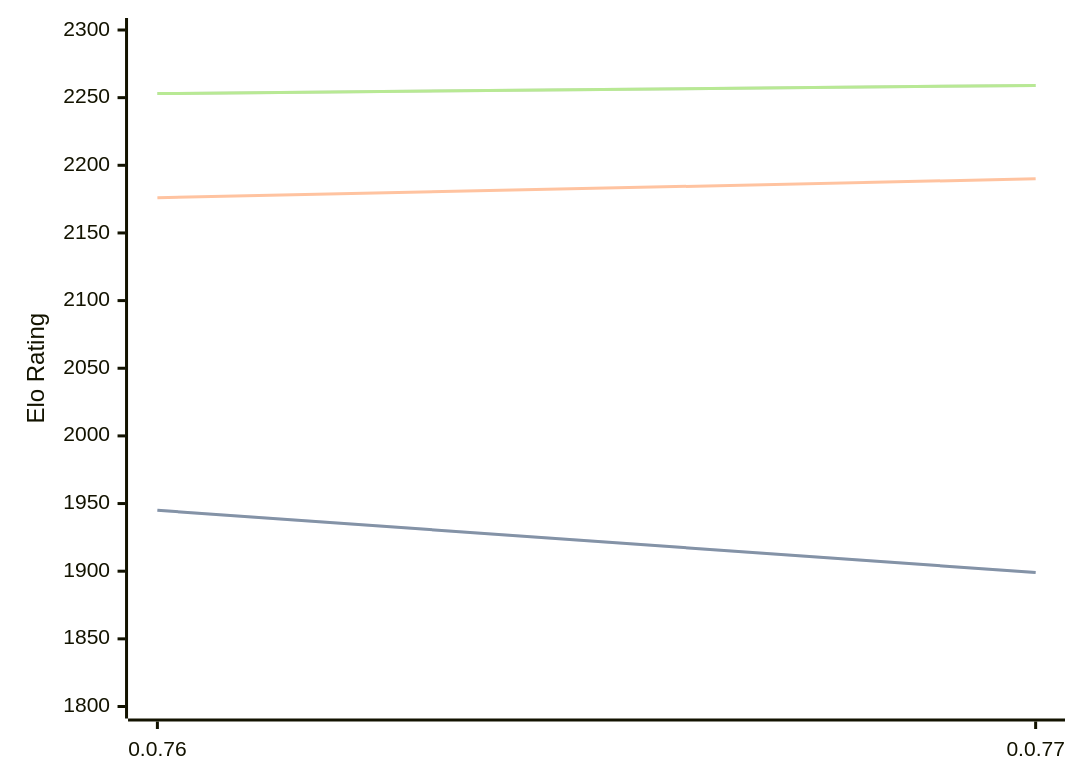
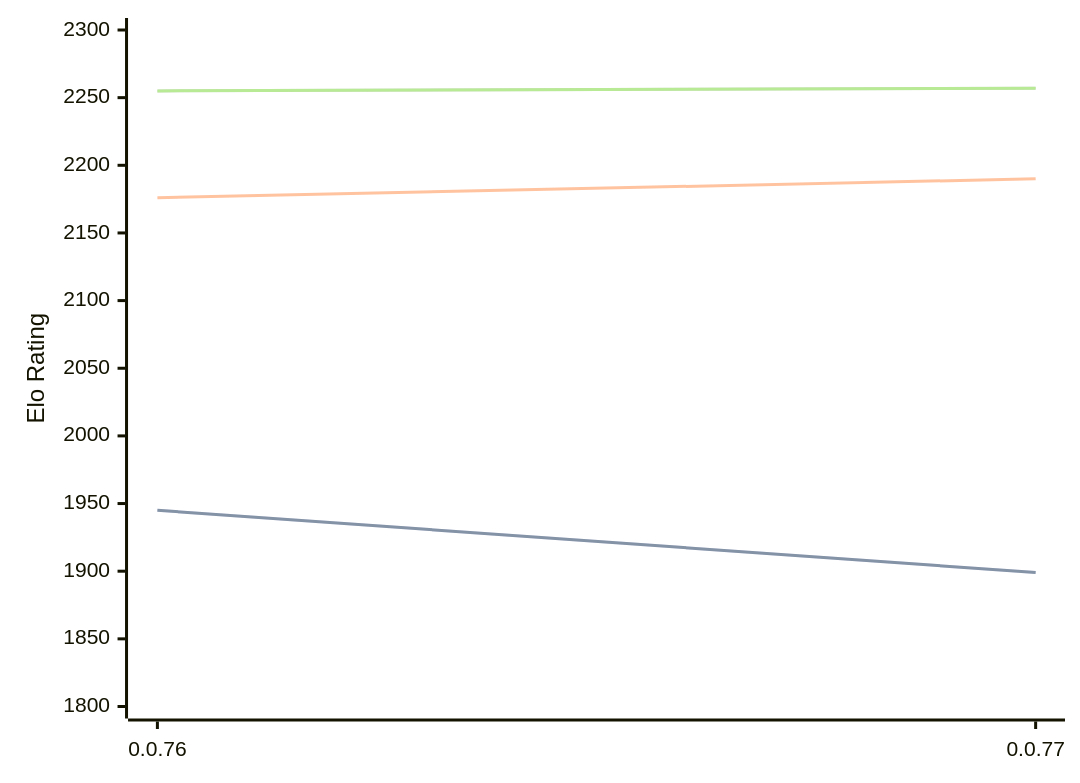
The diagram in engines/Fktb.md (computer-chess-index/cci), drawn with Mermaid before and after one commit. The commit also changed other lines of this file, not shown here.

Commit message:
Update CCI Ratings (ELO VLTC) - 2026-03-13

````diff
--- a/engines/Fktb.md
+++ b/engines/Fktb.md
@@ -30,11 +30,11 @@
 ```mermaid
 %%{init: {"theme":"base","themeVariables":{"seriesColors:['#a3a3a3','#222221','#faa371']}}}%%
 xychart-beta
   x-axis ["0.0.76", "0.0.77"]
   y-axis "Elo Rating" 1800 --> 2300
   line "STC (8.0+0.08s)" [1945, 1899]
   line "STC (8.0+0.08s)" [1945, 1899]
   line "LTC (60.0+0.60s)" [2176, 2190]
-  line "VLTC (2m24s+1.12s)" [2253, 2259]
-  line "VLTC (2m24s+1.12s)" [2253, 2259]
+  line "VLTC (2m24s+1.12s)" [2255, 2257]
+  line "VLTC (2m24s+1.12s)" [2255, 2257]
 ```
````
